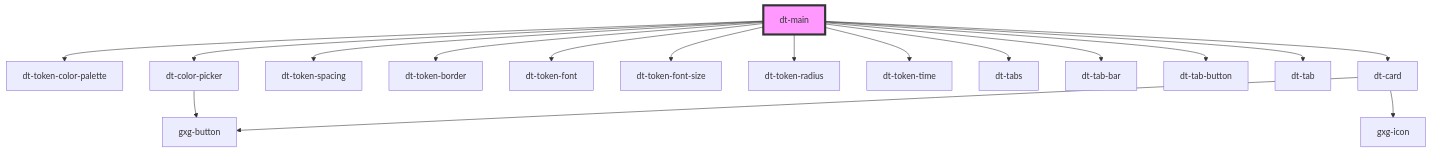
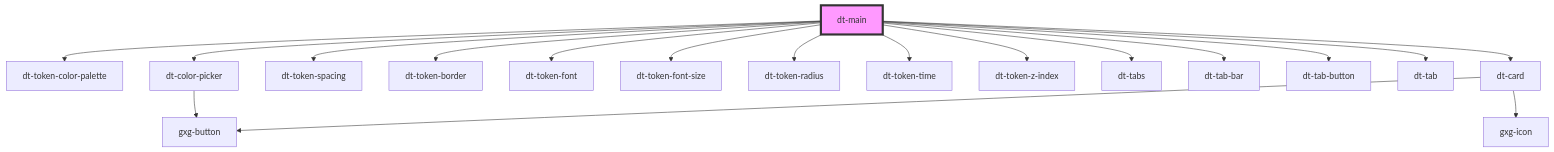
Before and after one commit to genexuslabs/design-tokens-editor: the diagram in src/components/main/readme.md, drawn with Mermaid. The commit also changed other lines of this file and 8 other files, not shown here.

````diff
--- a/src/components/main/readme.md
+++ b/src/components/main/readme.md
@@ -34,20 +35,21 @@
 ```mermaid
 graph TD;
   dt-main --> dt-token-color-palette
   dt-main --> dt-color-picker
   dt-main --> dt-token-spacing
   dt-main --> dt-token-border
   dt-main --> dt-token-font
   dt-main --> dt-token-font-size
   dt-main --> dt-token-radius
   dt-main --> dt-token-time
+  dt-main --> dt-token-z-index
   dt-main --> dt-tabs
   dt-main --> dt-tab-bar
   dt-main --> dt-tab-button
   dt-main --> dt-tab
   dt-main --> dt-card
   dt-color-picker --> gxg-button
   dt-card --> gxg-button
   dt-card --> gxg-icon
   style dt-main fill:#f9f,stroke:#333,stroke-width:4px
 ```
````
